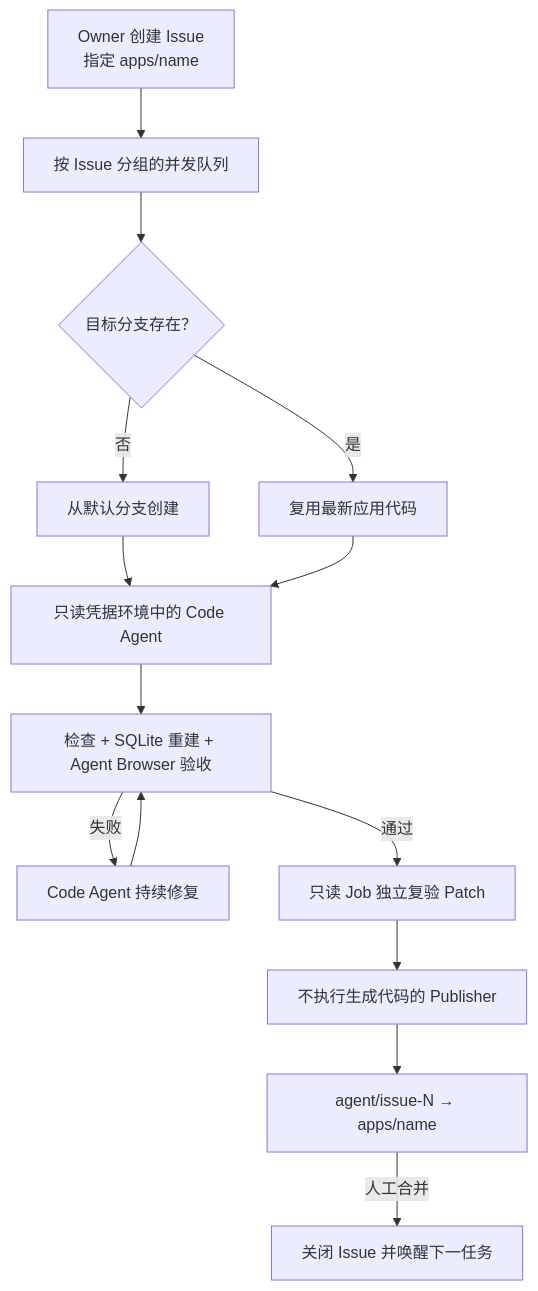
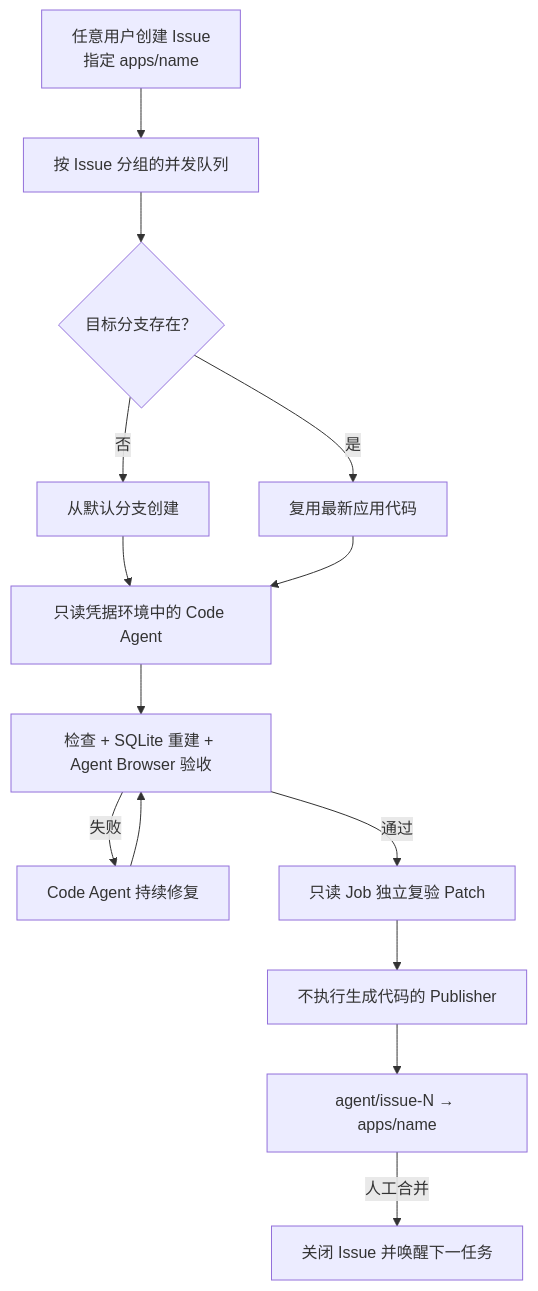
The diagram in README.MD (gchust/nb3-factory), drawn with Mermaid before and after one commit. The commit also changed other lines of this file and 11 other files, not shown here.

````diff
--- a/README.MD
+++ b/README.MD
@@ -7,16 +7,16 @@
 ```mermaid
 flowchart TD
-    Issue["Owner 创建 Issue<br/>指定 apps/name"] --> Queue["按 Issue 分组的并发队列"]
+    Issue["任意用户创建 Issue<br/>指定 apps/name"] --> Queue["按 Issue 分组的并发队列"]
     Queue --> Branch{"目标分支存在？"}
     Branch -->|否| Create["从默认分支创建"]
     Branch -->|是| Reuse["复用最新应用代码"]
     Create --> Agent["只读凭据环境中的 Code Agent"]
     Reuse --> Agent
     Agent --> Verify["检查 + SQLite 重建 + Agent Browser 验收"]
     Verify -->|失败| Repair["Code Agent 持续修复"]
     Repair --> Verify
     Verify -->|通过| Final["只读 Job 独立复验 Patch"]
     Final --> Publish["不执行生成代码的 Publisher"]
     Publish --> PR["agent/issue-N → apps/name"]
     PR -->|人工合并| Done["关闭 Issue 并唤醒下一任务"]
 ```
````
